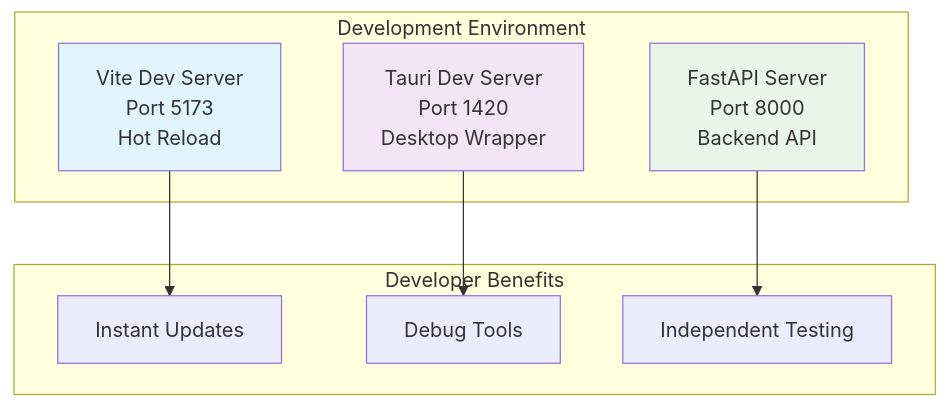
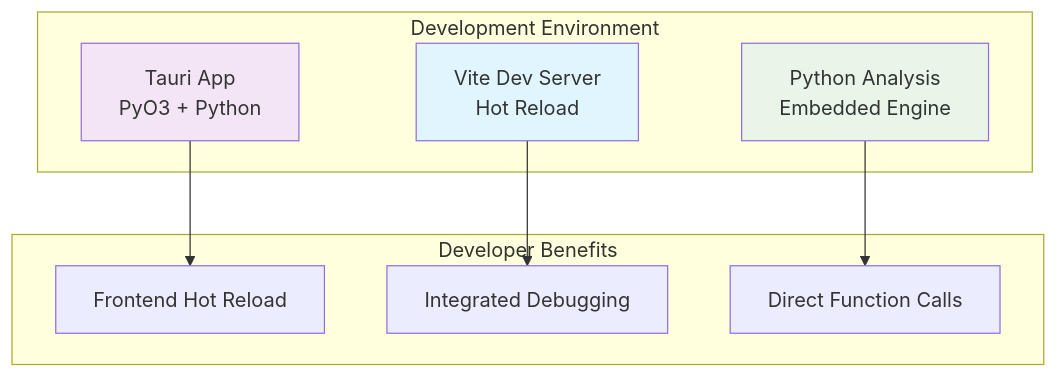
The fifth of 6 diagrams in docs/development/development-architecture.md (boost-edu-tools/gitinspectorgui), drawn with Mermaid before and after one commit. The commit also changed other lines of this file and 13 other files, not shown here.

````diff
--- a/docs/development/development-architecture.md
+++ b/docs/development/development-architecture.md
@@ -359,22 +483,22 @@
 ```mermaid
 graph TB
     subgraph "Development Environment"
-        A[Vite Dev Server<br/>Port 5173<br/>Hot Reload]
-        B[Tauri Dev Server<br/>Port 1420<br/>Desktop Wrapper]
-        C[FastAPI Server<br/>Port 8000<br/>Backend API]
+        A[Tauri App<br/>PyO3 + Python]
+        B[Vite Dev Server<br/>Hot Reload]
+        C[Python Analysis<br/>Embedded Engine]
     end
 
     subgraph "Developer Benefits"
-        D[Instant Updates]
-        E[Debug Tools]
-        F[Independent Testing]
+        D[Frontend Hot Reload]
+        E[Integrated Debugging]
+        F[Direct Function Calls]
     end
 
     A --> D
     B --> E
     C --> F
 
-    style A fill:#e1f5fe
-    style B fill:#f3e5f5
+    style A fill:#f3e5f5
+    style B fill:#e1f5fe
     style C fill:#e8f5e8
 ```
````
